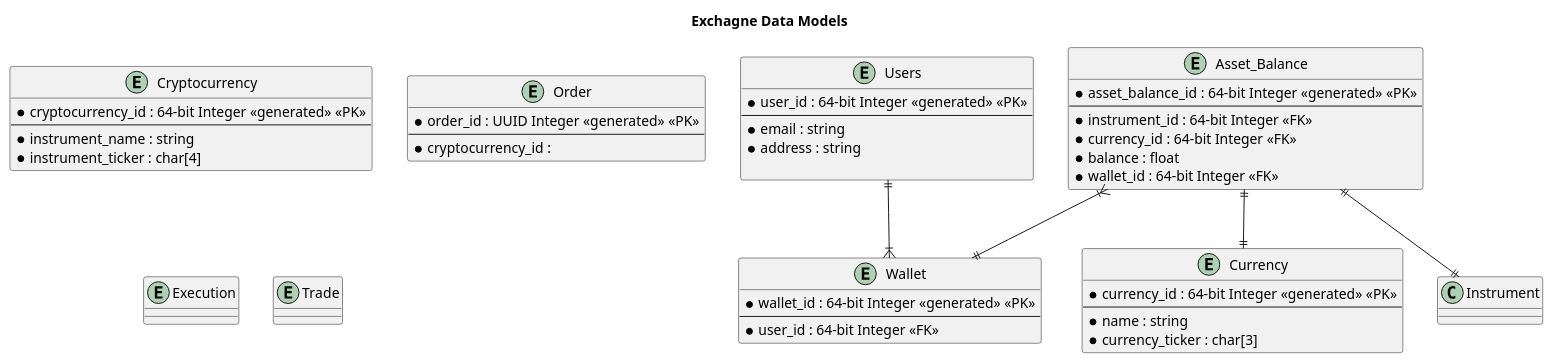
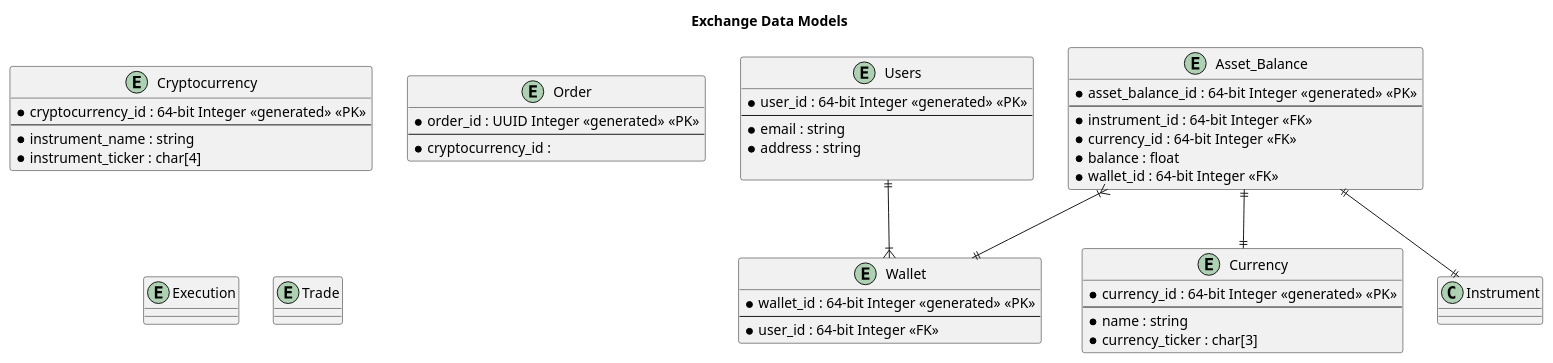
The diagram in stock_exchange/docs/diagrams/src/data_models.plantuml (shanebrewer/system_design_questions), drawn with PlantUML before and after one commit.

```diff
--- a/stock_exchange/docs/diagrams/src/data_models.plantuml
+++ b/stock_exchange/docs/diagrams/src/data_models.plantuml
@@ -1,62 +1,62 @@
-@startuml  exchange_data_models
-title Exchagne Data Models
+@startuml Exchange Data Models 
+title Exchange Data Models
 
 entity Users {
     * user_id : 64-bit Integer <<generated>> <<PK>>
     --
     * email : string
     * address : string
 
 }
 
 entity Wallet {
     * wallet_id : 64-bit Integer <<generated>> <<PK>>
     --
     * user_id : 64-bit Integer <<FK>>
 }
 
 entity Cryptocurrency {
     * cryptocurrency_id : 64-bit Integer <<generated>> <<PK>>
     --
     * instrument_name : string
     * instrument_ticker : char[4]
 }
 
 entity Asset_Balance {
     * asset_balance_id : 64-bit Integer <<generated>> <<PK>>
     --
     * instrument_id : 64-bit Integer <<FK>>
     * currency_id : 64-bit Integer <<FK>>
     * balance : float 
     * wallet_id : 64-bit Integer <<FK>>
 }
 
 entity Currency {
     * currency_id : 64-bit Integer <<generated>> <<PK>>
     --
     * name : string
     * currency_ticker : char[3]
 }
 
 entity Order {
     * order_id : UUID Integer <<generated>> <<PK>>
     --
     * cryptocurrency_id : 
 }
 
 entity Execution {
 
 }
 
 entity Trade {
 
 }
 
 
 
 Users ||--|{ Wallet
 Asset_Balance }|--|| Wallet
 Asset_Balance ||--|| Instrument
 Asset_Balance ||--|| Currency
 
 @enduml
```
